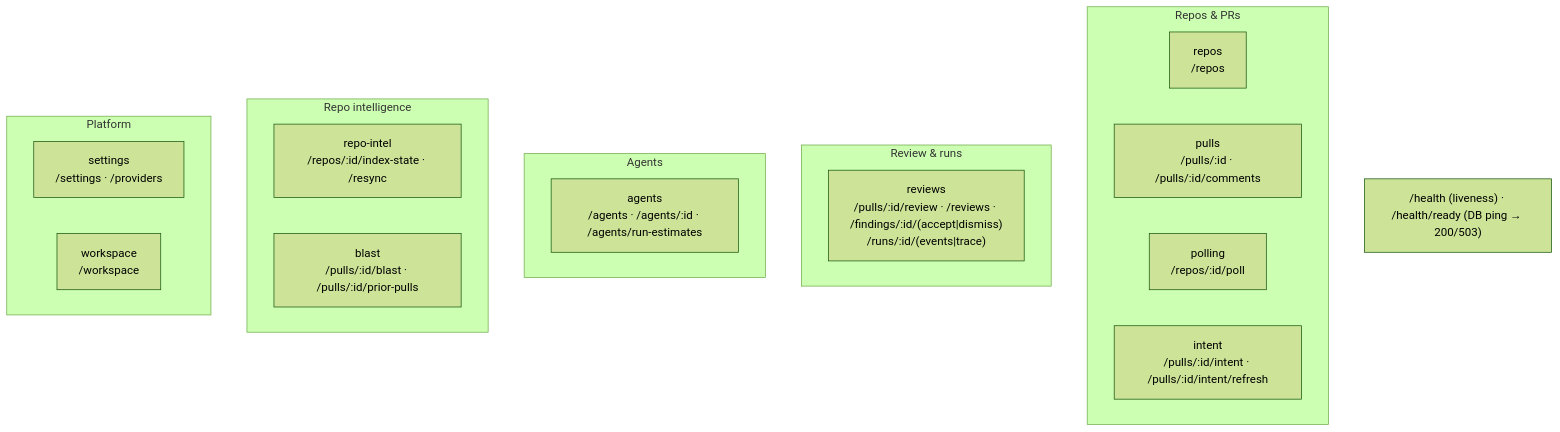
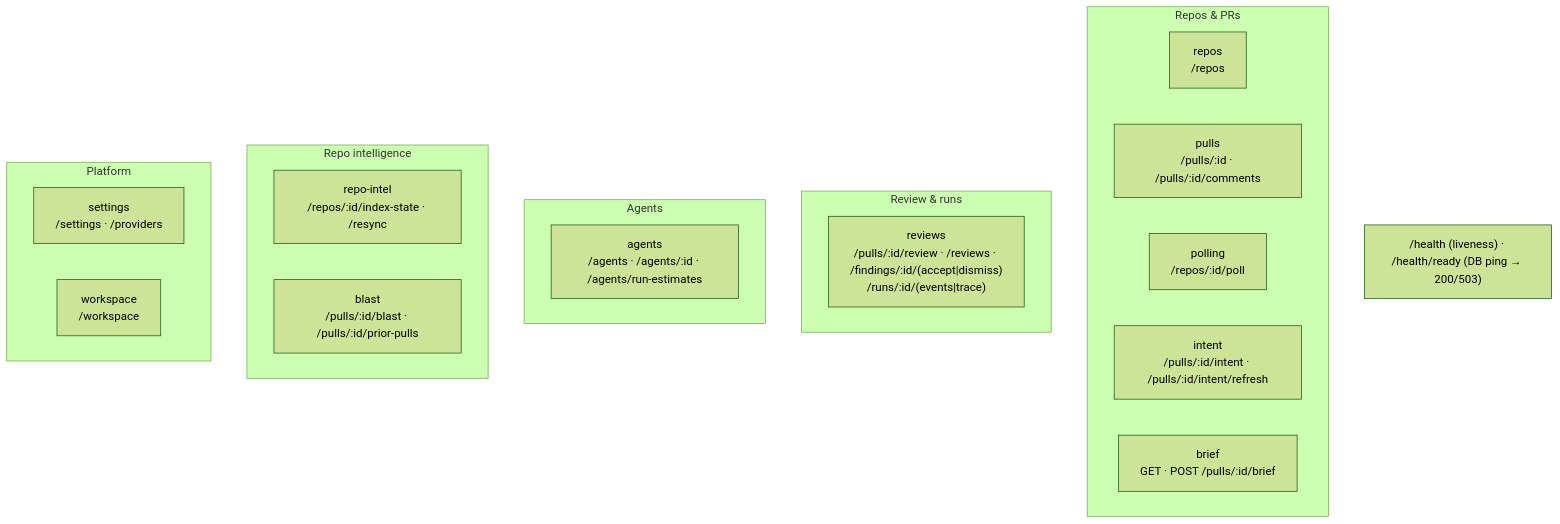
One commit to ai-agentic-engineering-neo/dev-digest changed the second of 2 diagrams in server/README.md. Above: the diagram before and after it, drawn with Mermaid (forest theme). The commit also changed other lines of this file and 82 other files, not shown here.

````diff
--- a/server/README.md
+++ b/server/README.md
@@ -64,24 +64,25 @@
 ```mermaid
 flowchart TB
   subgraph Repos_PRs["Repos & PRs"]
     repos["repos<br/>/repos"]
     pulls["pulls<br/>/pulls/:id · /pulls/:id/comments"]
     polling["polling<br/>/repos/:id/poll"]
     intent["intent<br/>/pulls/:id/intent · /pulls/:id/intent/refresh"]
+    brief["brief<br/>GET · POST /pulls/:id/brief"]
   end
   subgraph Review["Review & runs"]
     reviews["reviews<br/>/pulls/:id/review · /reviews · /findings/:id/(accept|dismiss)<br/>/runs/:id/(events|trace)"]
   end
   subgraph Agents["Agents"]
     agents["agents<br/>/agents · /agents/:id · /agents/run-estimates"]
   end
   subgraph Intel["Repo intelligence"]
     repoIntel["repo-intel<br/>/repos/:id/index-state · /resync"]
     blast["blast<br/>/pulls/:id/blast · /pulls/:id/prior-pulls"]
   end
   subgraph Platform["Platform"]
     settings["settings<br/>/settings · /providers"]
     workspace["workspace<br/>/workspace"]
   end
   HEALTH["/health (liveness) · /health/ready (DB ping → 200/503)"]
 ```
````
